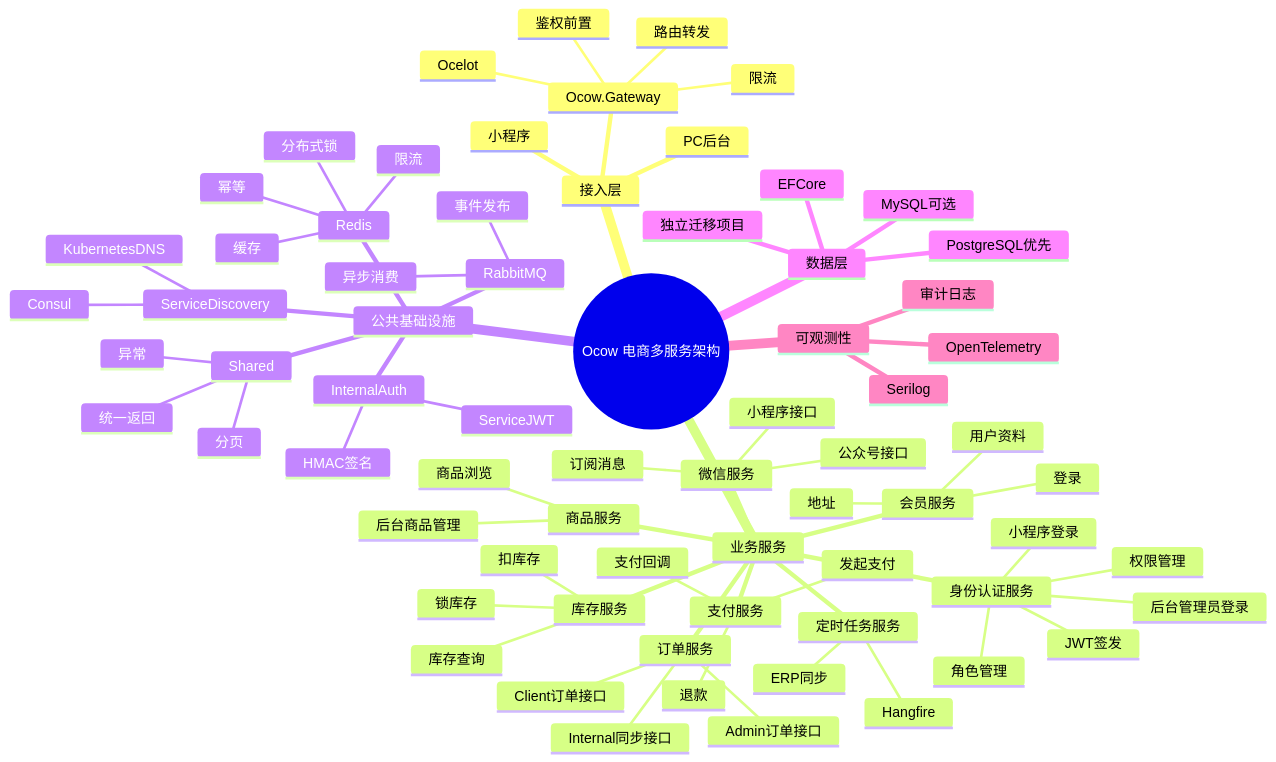
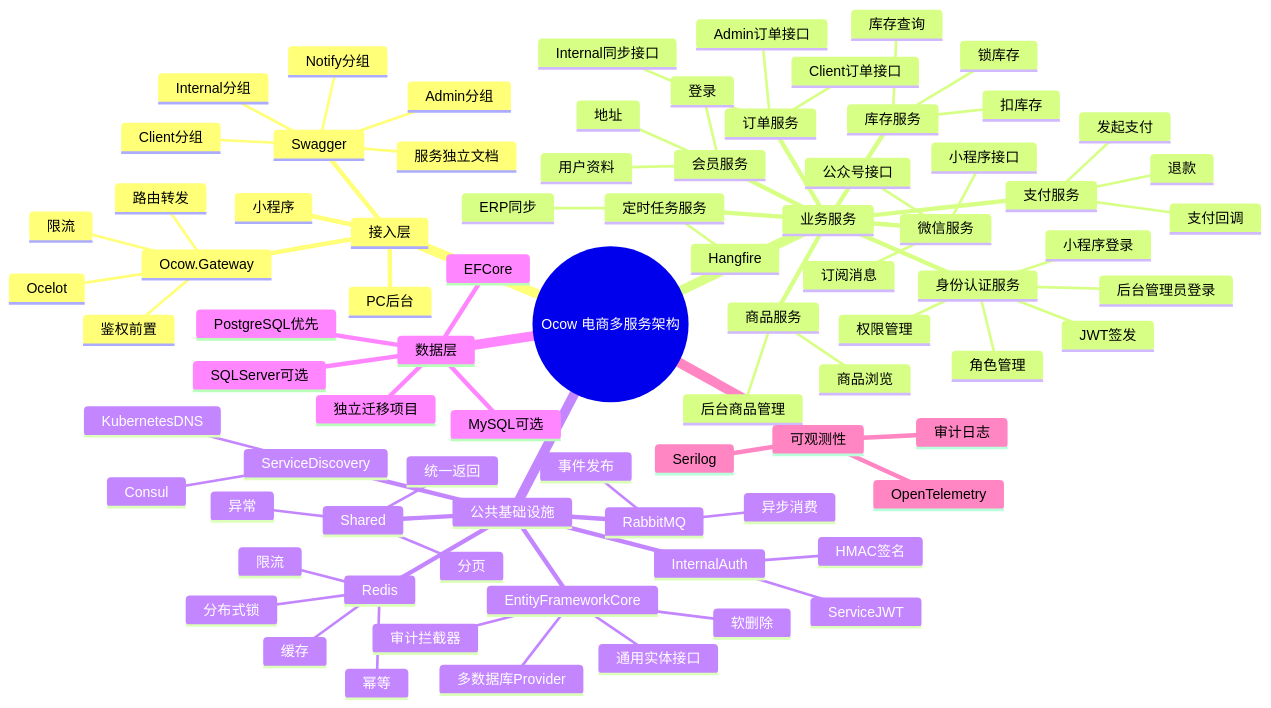
The diagram in docs/Ocow-Architecture.md (wansw/Ocow), drawn with Mermaid before and after one commit. The commit also changed other lines of this file and 53 other files, not shown here.

Commit message:
所有的rest api接口加swagger 把 EFCORE 的通用部分抽出来放到  Ocow.EntityFrameworkCore；到时候 ，可以同时兼容  mysql，pgsql，mssql； 业务实体：放 Domain/Models EF Core 运行时实现：放各服务 Infrastructure EF Core 迁移：放各服务 Migrations EF Core 通用封装：可以新增 Ocow.EntityFrameworkCore 把这些添加进文档里面

```diff
--- a/docs/Ocow-Architecture.md
+++ b/docs/Ocow-Architecture.md
@@ -528,6 +685,12 @@
         路由转发
         鉴权前置
         限流
+      Swagger
+        服务独立文档
+        Client分组
+        Admin分组
+        Internal分组
+        Notify分组
     业务服务
       订单服务
         Client订单接口
@@ -573,6 +736,11 @@
       InternalAuth
         ServiceJWT
         HMAC签名
+      EntityFrameworkCore
+        通用实体接口
+        审计拦截器
+        软删除
+        多数据库Provider
       ServiceDiscovery
         Consul
         KubernetesDNS
@@ -583,6 +751,7 @@
     数据层
       PostgreSQL优先
       MySQL可选
+      SQLServer可选
       EFCore
       独立迁移项目
     可观测性
```
